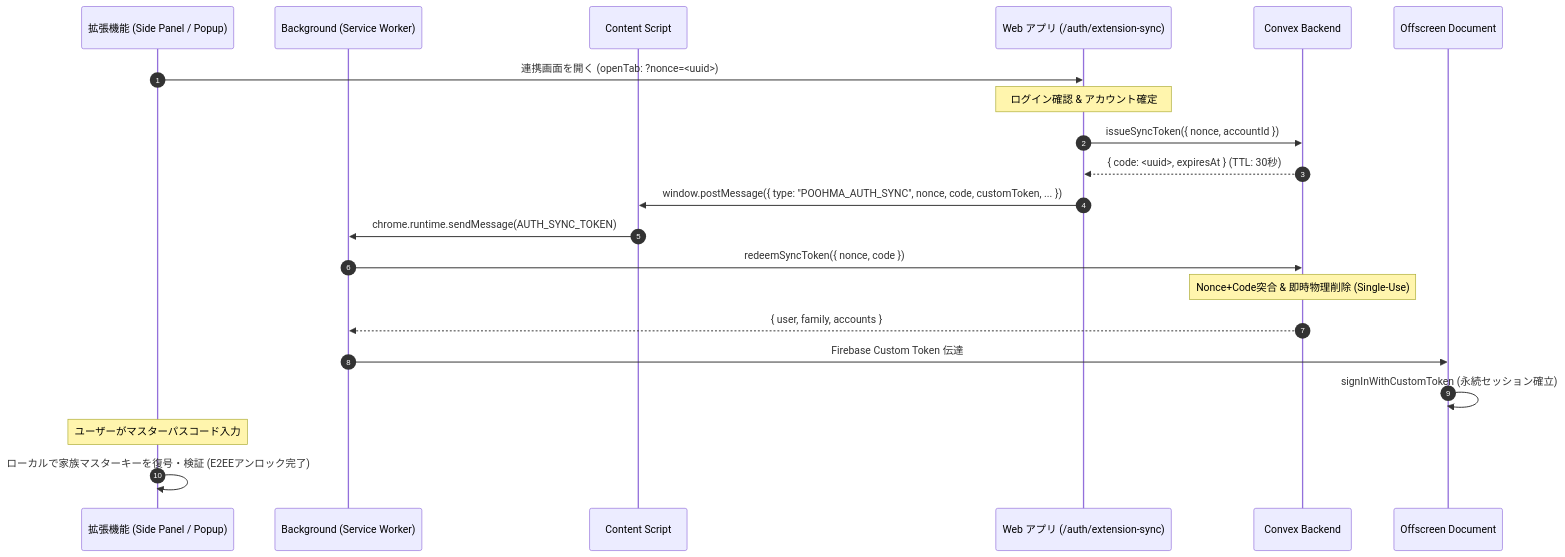
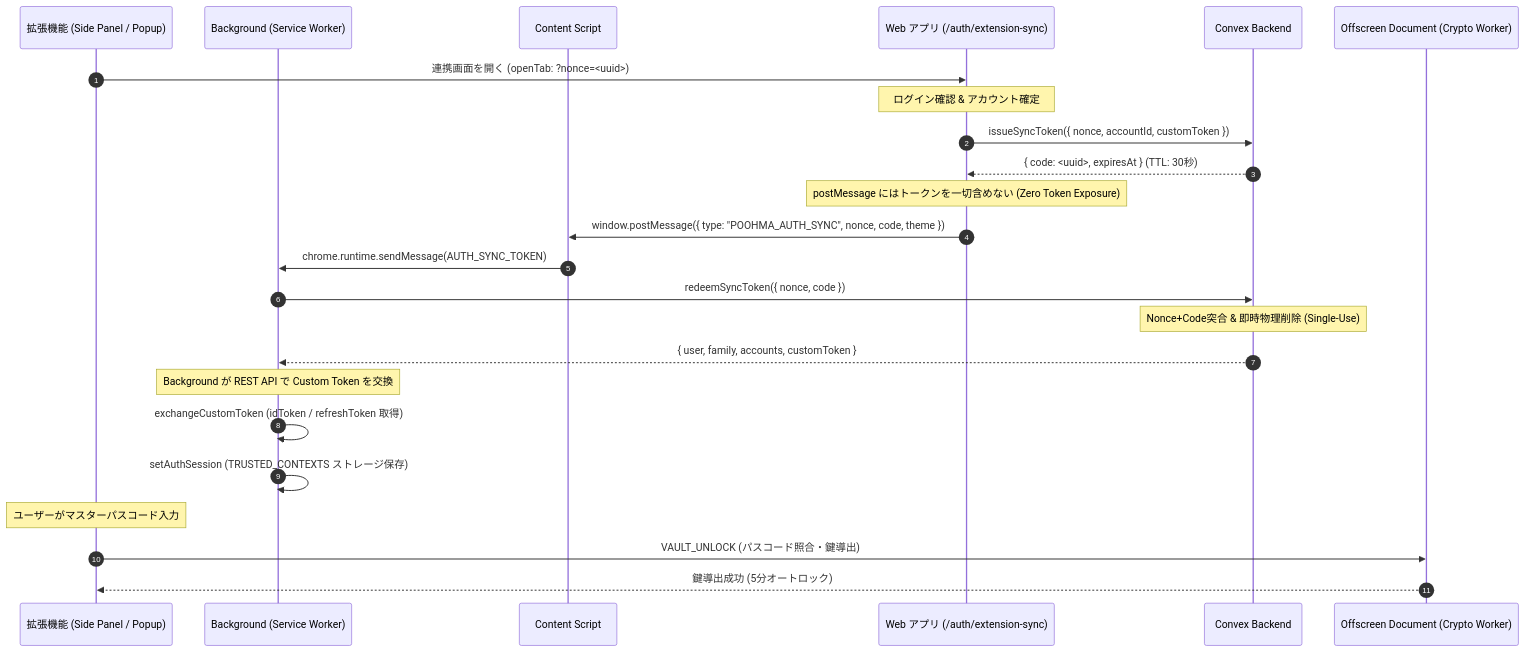
The diagram in .docs/adr/009-extension-authentication-strategy.md (luthpg/poohma), drawn with Mermaid before and after one commit. The commit also changed other lines of this file and 12 other files, not shown here.

First line of the commit message:
﻿feat(extension): Zero Token Exposure バックチャネル同期と受動的動線（バッジ・openPopup）の強化

````diff
--- a/.docs/adr/009-extension-authentication-strategy.md
+++ b/.docs/adr/009-extension-authentication-strategy.md
@@ -37,24 +37,27 @@
 ```mermaid
 sequenceDiagram
     autonumber
     participant SP as 拡張機能 (Side Panel / Popup)
     participant BG as Background (Service Worker)
     participant CS as Content Script
     participant Web as Web アプリ (/auth/extension-sync)
     participant Backend as Convex Backend
-    participant Offscreen as Offscreen Document
+    participant Offscreen as Offscreen Document (Crypto Worker)
 
     SP->>Web: 連携画面を開く (openTab: ?nonce=<uuid>)
     Note over Web: ログイン確認 & アカウント確定
-    Web->>Backend: issueSyncToken({ nonce, accountId })
+    Web->>Backend: issueSyncToken({ nonce, accountId, customToken })
     Backend-->>Web: { code: <uuid>, expiresAt } (TTL: 30秒)
-    Web->>CS: window.postMessage({ type: "POOHMA_AUTH_SYNC", nonce, code, customToken, ... })
+    Note over Web: postMessage にはトークンを一切含めない (Zero Token Exposure)
+    Web->>CS: window.postMessage({ type: "POOHMA_AUTH_SYNC", nonce, code, theme })
     CS->>BG: chrome.runtime.sendMessage(AUTH_SYNC_TOKEN)
     BG->>Backend: redeemSyncToken({ nonce, code })
     Note over Backend: Nonce+Code突合 & 即時物理削除 (Single-Use)
-    Backend-->>BG: { user, family, accounts }
-    BG->>Offscreen: Firebase Custom Token 伝達
-    Offscreen->>Offscreen: signInWithCustomToken (永続セッション確立)
+    Backend-->>BG: { user, family, accounts, customToken }
+    Note over BG: Background が REST API で Custom Token を交換
+    BG->>BG: exchangeCustomToken (idToken / refreshToken 取得)
+    BG->>BG: setAuthSession (TRUSTED_CONTEXTS ストレージ保存)
     Note over SP: ユーザーがマスターパスコード入力
-    SP->>SP: ローカルで家族マスターキーを復号・検証 (E2EEアンロック完了)
+    SP->>Offscreen: VAULT_UNLOCK (パスコード照合・鍵導出)
+    Offscreen-->>SP: 鍵導出成功 (5分オートロック)
 ```
````
